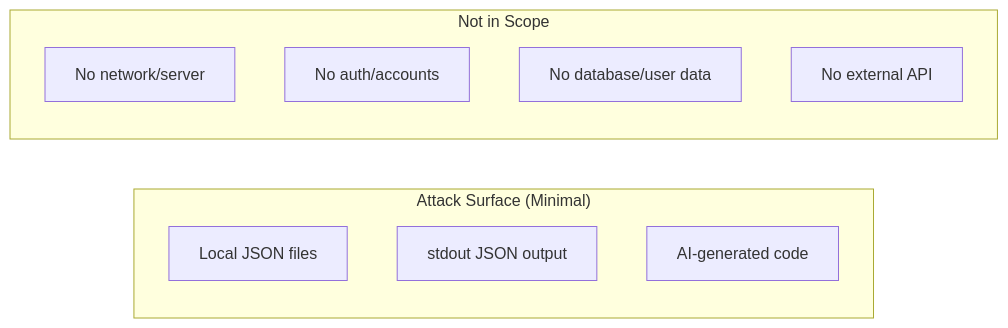
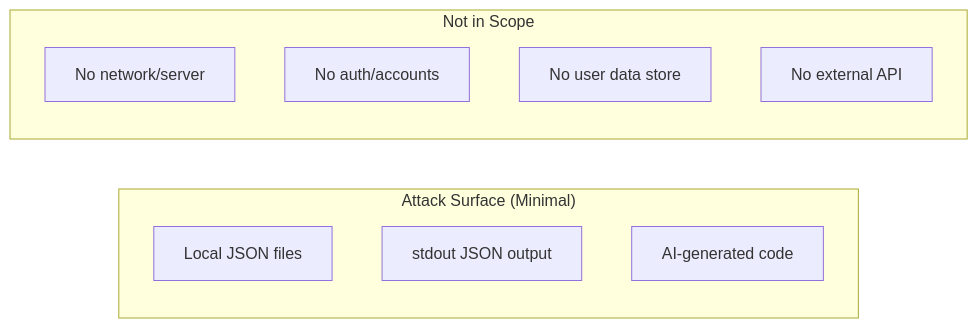
One commit to P-Core-System/pcore-orchestra changed the second of 2 diagrams in docs/03-DATABASE-SECURITY-TESTING-LIMITATIONS.md. Above: the diagram before and after it, drawn with Mermaid. The commit also changed other lines of this file and 5 other files, not shown here.

````diff
--- a/docs/03-DATABASE-SECURITY-TESTING-LIMITATIONS.md
+++ b/docs/03-DATABASE-SECURITY-TESTING-LIMITATIONS.md
@@ -202,14 +203,14 @@
 ```mermaid
 graph LR
     subgraph "Attack Surface (Minimal)"
         FS["Local JSON files"]
         STDOUT["stdout JSON output"]
         SUBAGENTS["AI-generated code"]
     end
     subgraph "Not in Scope"
         NET["No network/server"]
         AUTH["No auth/accounts"]
-        DATA["No database/user data"]
+        DATA["No user data store"]
         API["No external API"]
     end
 ```
````
